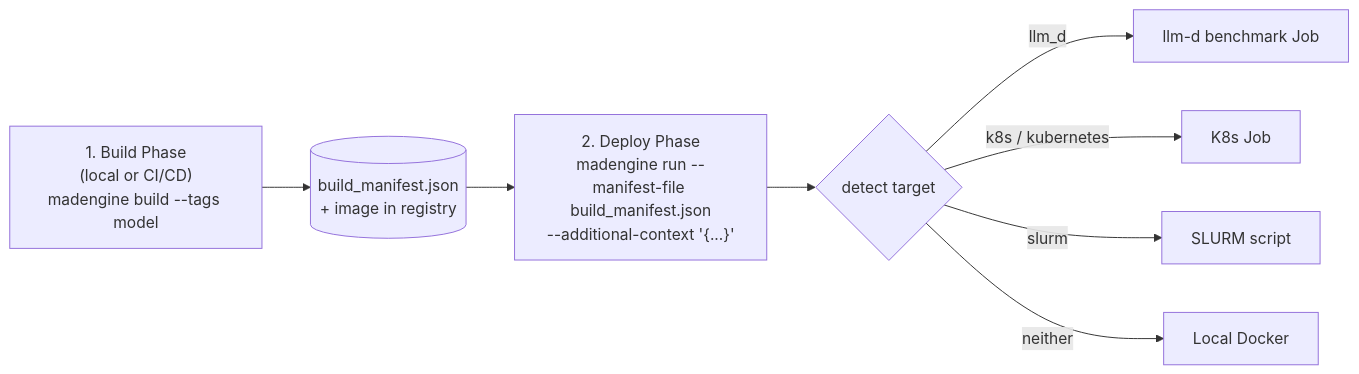
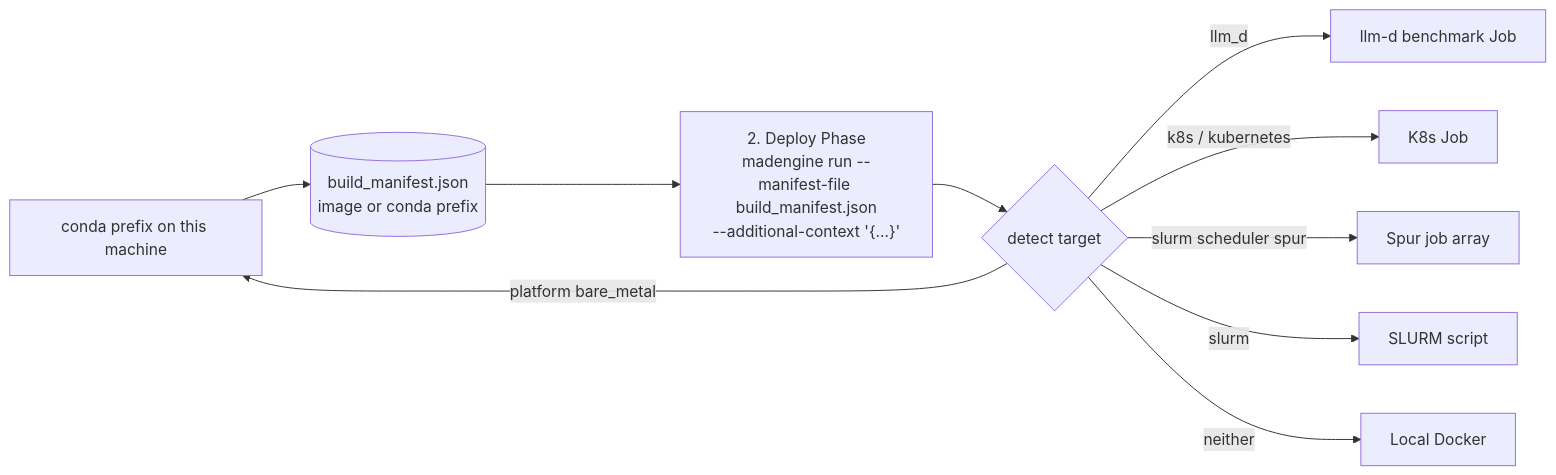
Before and after one commit to ROCm/madengine: the first of 2 diagrams in docs/deployment.md, drawn with Mermaid. The commit also changed other lines of this file and 9 other files, not shown here.

First line of the commit message:
docs: cover bare metal, Spur, and the current deployment targets

````diff
--- a/docs/deployment.md
+++ b/docs/deployment.md
@@ -19,10 +22,12 @@
 ```mermaid
 flowchart LR
-    B["1. Build Phase<br/>(local or CI/CD)<br/>madengine build --tags model"] --> M[(build_manifest.json<br/>+ image in registry)]
+    B["1. Build Phase<br/>(local or CI/CD)<br/>madengine build --tags model"] --> M[(build_manifest.json<br/>image or conda prefix)]
     M --> D["2. Deploy Phase<br/>madengine run --manifest-file build_manifest.json<br/>--additional-context '{...}'"]
     D --> T{detect target}
+    T -->|platform bare_metal| B[conda prefix on this machine]
     T -->|llm_d| I[llm-d benchmark Job]
     T -->|k8s / kubernetes| K[K8s Job]
+    T -->|slurm scheduler spur| U[Spur job array]
     T -->|slurm| S[SLURM script]
     T -->|neither| L[Local Docker]
 ```
````
